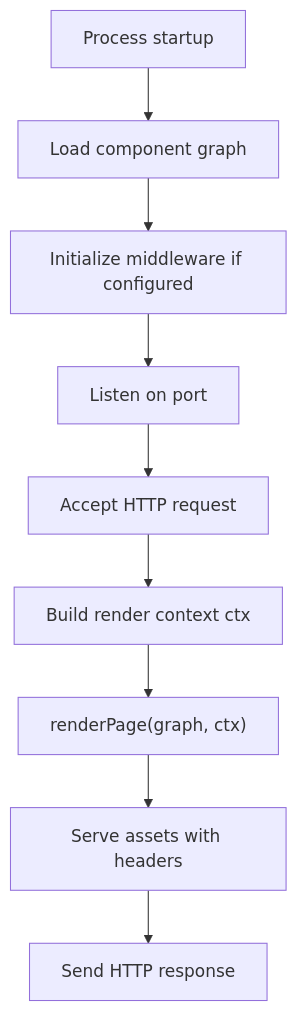
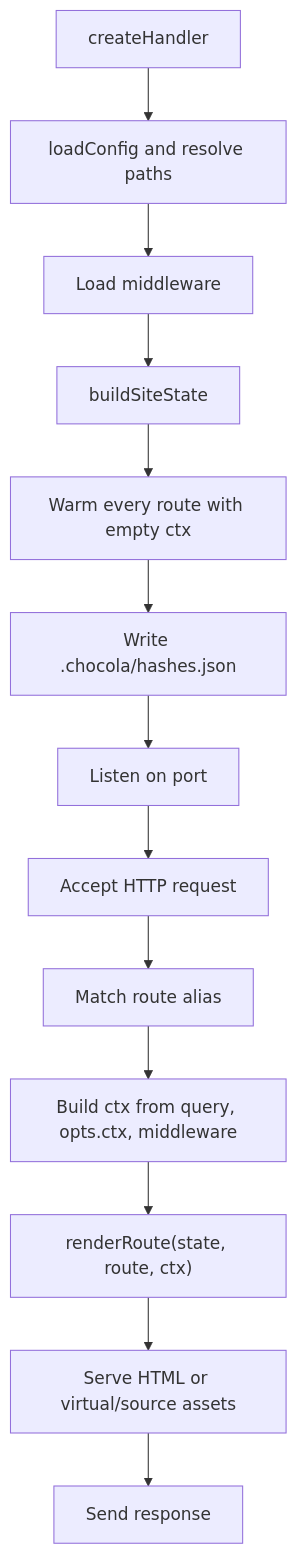
The diagram in documentation/03-architecture/04-server.md (chocolajs/kit), drawn with Mermaid before and after one commit. The commit also changed other lines of this file and 13 other files, not shown here.

````diff
--- a/documentation/03-architecture/04-server.md
+++ b/documentation/03-architecture/04-server.md
@@ -32,11 +45,15 @@
 ```mermaid
 flowchart TD
-    A[Process startup] --> B[Load component graph]
-    B --> C[Initialize middleware if configured]
-    C --> D[Listen on port]
-    D --> E[Accept HTTP request]
-    E --> F[Build render context ctx]
-    F --> G["renderPage(graph, ctx)"]
-    G --> H[Serve assets with headers]
-    H --> I[Send HTTP response]
+    A[createHandler] --> B[loadConfig and resolve paths]
+    B --> C[Load middleware]
+    C --> D[buildSiteState]
+    D --> E[Warm every route with empty ctx]
+    E --> F[Write .chocola/hashes.json]
+    F --> G[Listen on port]
+    G --> H[Accept HTTP request]
+    H --> I[Match route alias]
+    I --> J[Build ctx from query, opts.ctx, middleware]
+    J --> K["renderRoute(state, route, ctx)"]
+    K --> L[Serve HTML or virtual/source assets]
+    L --> M[Send response]
 ```
````
